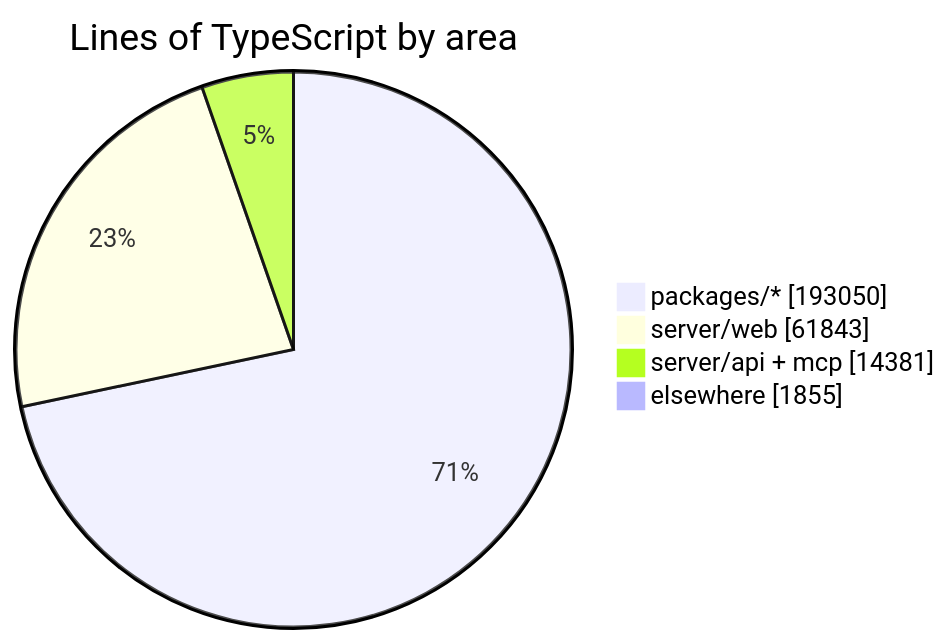
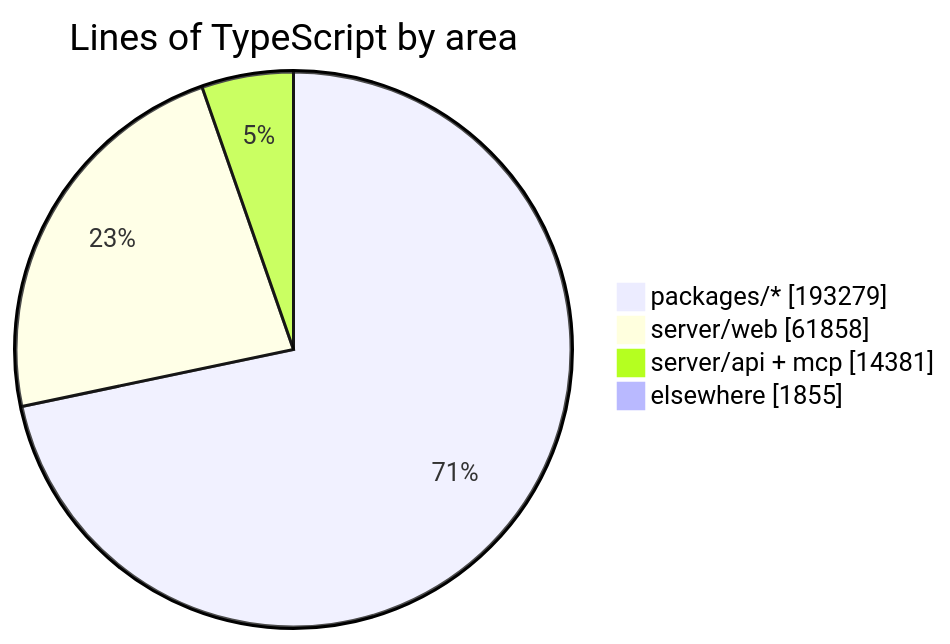
Before and after one commit to crossworks-engineering/mantle: the diagram in README.md, drawn with Mermaid. The commit also changed other lines of this file and 2 other files, not shown here.

````diff
--- a/README.md
+++ b/README.md
@@ -279,7 +279,7 @@
 ```mermaid
 pie showData title Lines of TypeScript by area
-    "packages/*" : 193050
-    "server/web" : 61843
+    "packages/*" : 193279
+    "server/web" : 61858
     "server/api + mcp" : 14381
     "elsewhere" : 1855
 ```
````
